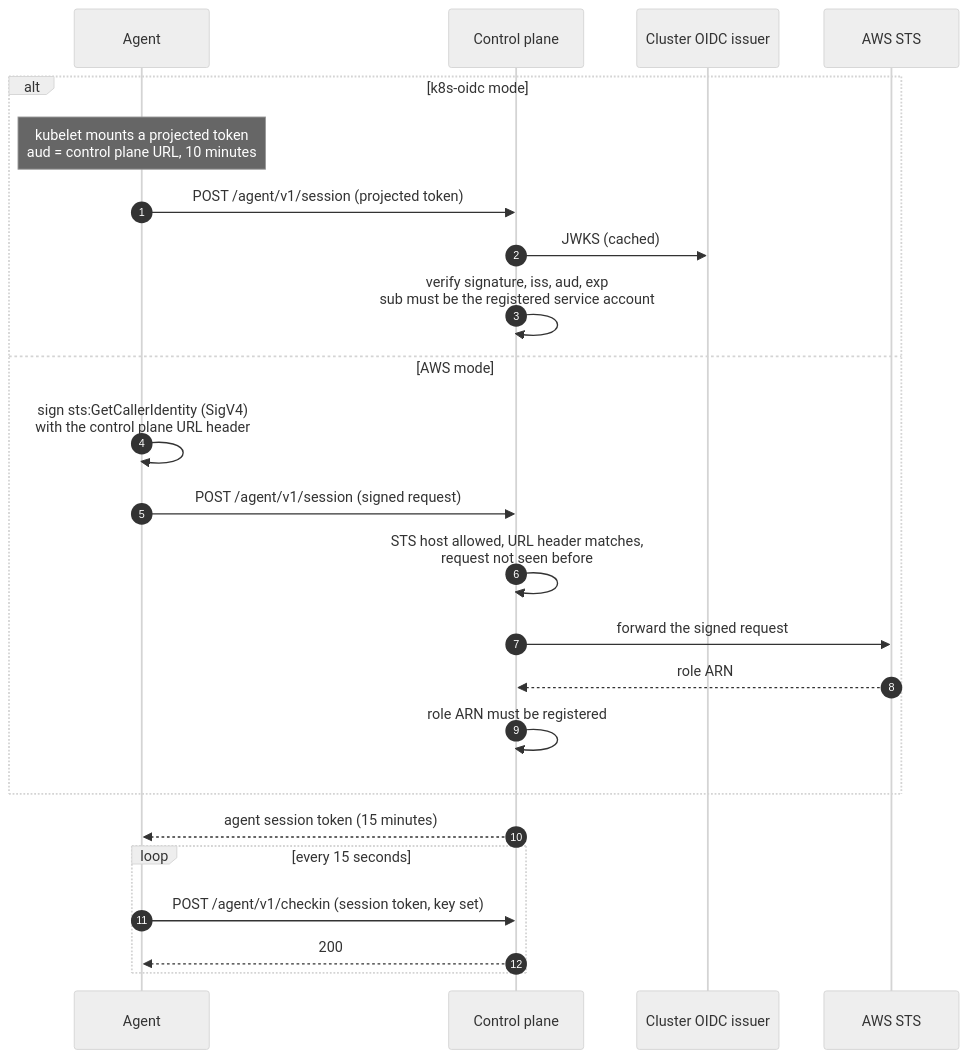
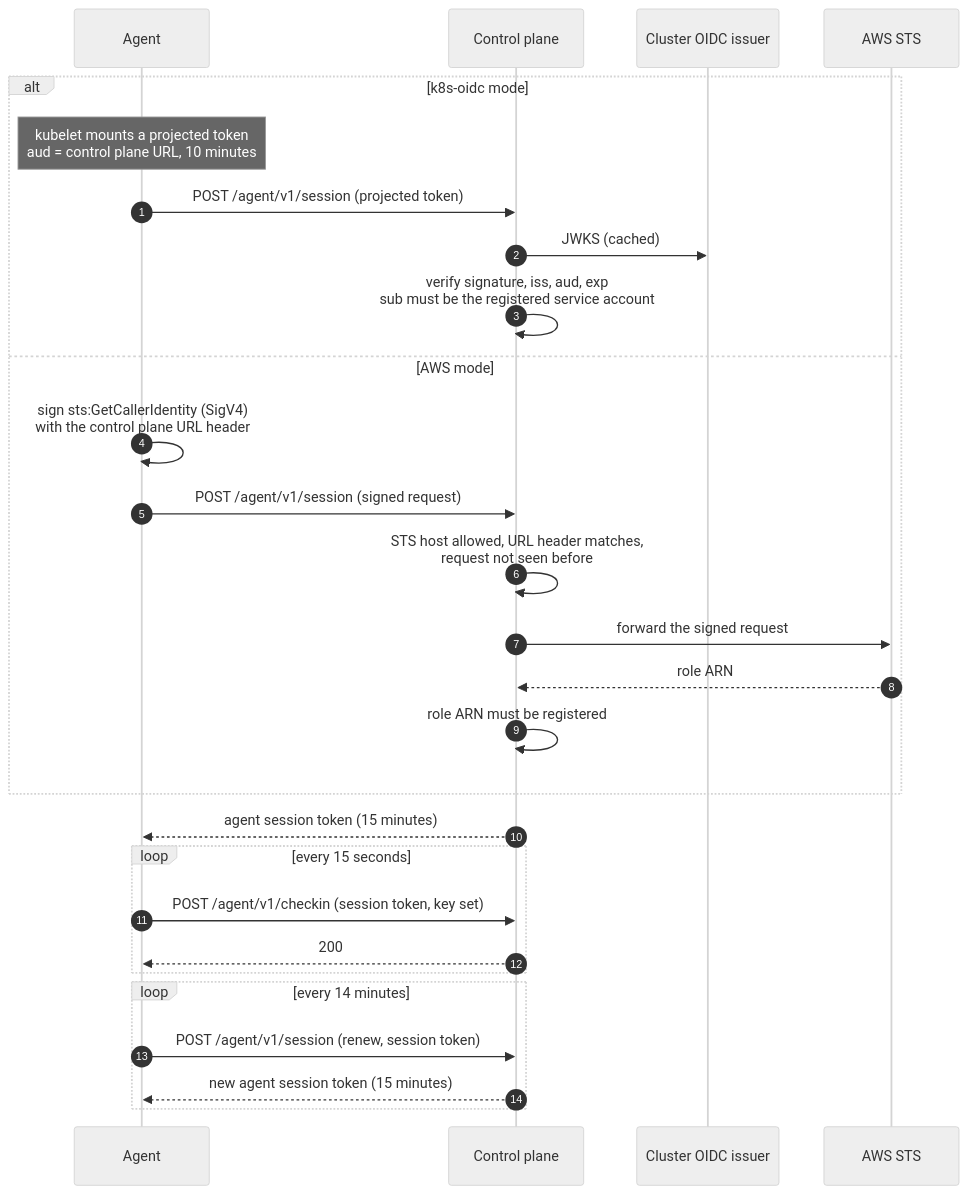
The second of 5 diagrams in docs/design.md (cruxstack/k8s-sealed-secrets-sealer), drawn with Mermaid (neutral theme) before and after one commit. The commit also changed other lines of this file and 54 other files, not shown here.

First line of the commit message:
fix: renew agent sessions without STS, keep request budgets apart from registry reads, and bound what lists and other sites can spend (#29)

````diff
--- a/docs/design.md
+++ b/docs/design.md
@@ -245,27 +273,31 @@
 ```mermaid
 sequenceDiagram
   autonumber
   participant A as Agent
   participant CP as Control plane
   participant I as Cluster OIDC issuer
   participant STS as AWS STS
 
   alt k8s-oidc mode
     Note over A: kubelet mounts a projected token<br/>aud = control plane URL, 10 minutes
     A->>CP: POST /agent/v1/session (projected token)
     CP->>I: JWKS (cached)
     CP->>CP: verify signature, iss, aud, exp<br/>sub must be the registered service account
   else AWS mode
     A->>A: sign sts:GetCallerIdentity (SigV4)<br/>with the control plane URL header
     A->>CP: POST /agent/v1/session (signed request)
     CP->>CP: STS host allowed, URL header matches,<br/>request not seen before
     CP->>STS: forward the signed request
     STS-->>CP: role ARN
     CP->>CP: role ARN must be registered
   end
   CP-->>A: agent session token (15 minutes)
   loop every 15 seconds
     A->>CP: POST /agent/v1/checkin (session token, key set)
     CP-->>A: 200
   end
+  loop every 14 minutes
+    A->>CP: POST /agent/v1/session (renew, session token)
+    CP-->>A: new agent session token (15 minutes)
+  end
 ```
````
